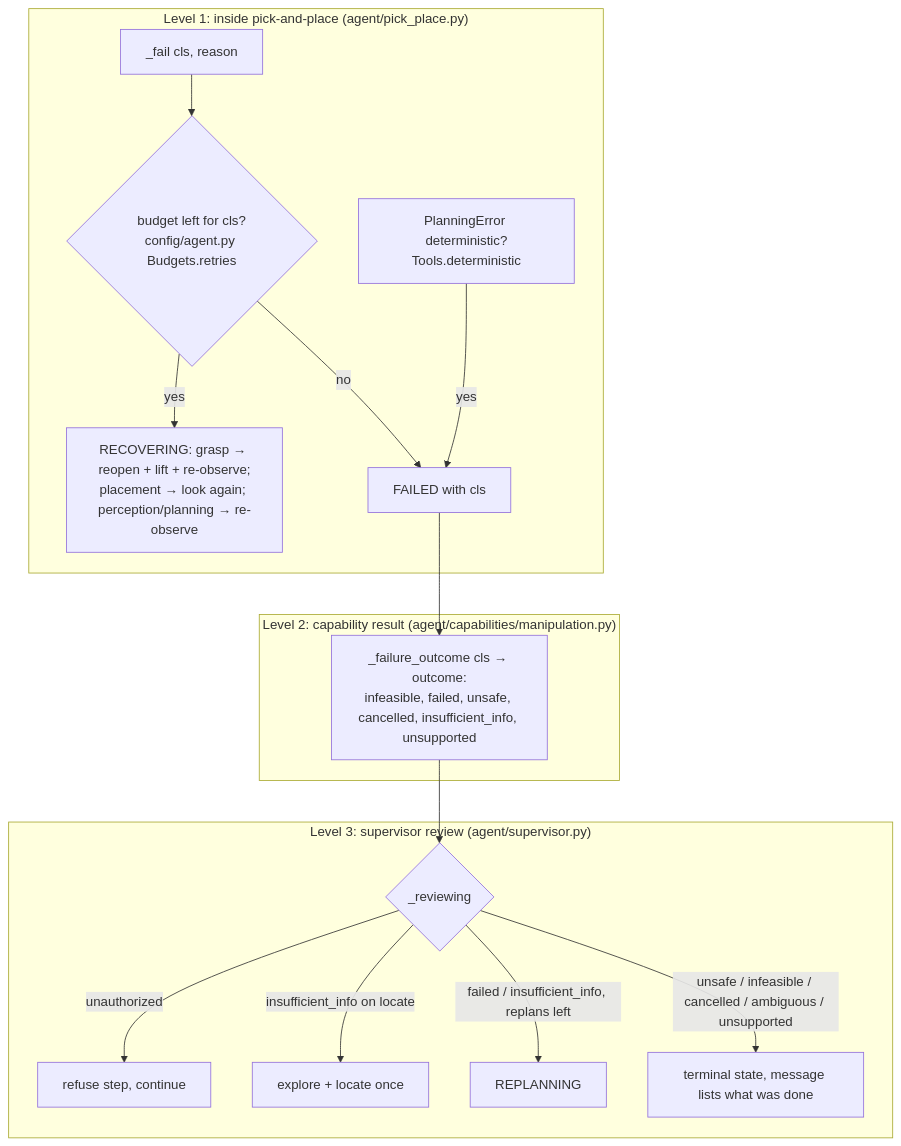
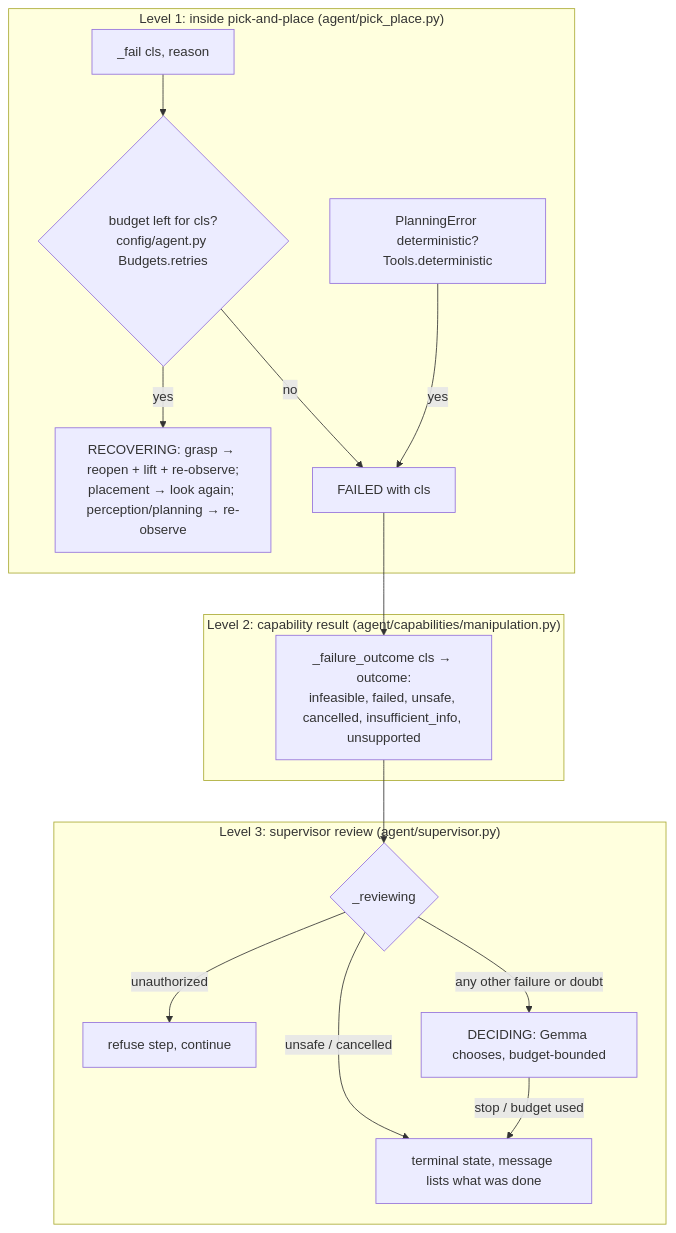
One commit to mahnoorkhalid369/MAVLA-RTM changed the fifth of 5 diagrams in docs/architecture/EXECUTION_FLOW.md. Above: the diagram before and after it, drawn with Mermaid. The commit also changed other lines of this file and 4 other files, not shown here.

````diff
--- a/docs/architecture/EXECUTION_FLOW.md
+++ b/docs/architecture/EXECUTION_FLOW.md
@@ -214,19 +216,19 @@
 ```mermaid
 flowchart TD
   subgraph L1["Level 1: inside pick-and-place (agent/pick_place.py)"]
     F1[_fail cls, reason] --> B1{budget left for cls?\nconfig/agent.py Budgets.retries}
     B1 -->|yes| RC[RECOVERING: grasp → reopen + lift + re-observe;\nplacement → look again; perception/planning → re-observe]
     B1 -->|no| FF[FAILED with cls]
     PE[PlanningError deterministic?\nTools.deterministic] -->|yes| FF
   end
   subgraph L2["Level 2: capability result (agent/capabilities/manipulation.py)"]
     FF --> MAP[_failure_outcome cls → outcome:\ninfeasible, failed, unsafe, cancelled, insufficient_info, unsupported]
   end
   subgraph L3["Level 3: supervisor review (agent/supervisor.py)"]
     MAP --> RV{_reviewing}
     RV -->|unauthorized| REF[refuse step, continue]
-    RV -->|insufficient_info on locate| EXP[explore + locate once]
-    RV -->|failed / insufficient_info, replans left| RP[REPLANNING]
-    RV -->|unsafe / infeasible / cancelled / ambiguous / unsupported| STOP[terminal state, message lists what was done]
+    RV -->|unsafe / cancelled| STOP[terminal state, message lists what was done]
+    RV -->|any other failure or doubt| DEC[DECIDING: Gemma chooses, budget-bounded]
+    DEC -->|stop / budget used| STOP
   end
 ```
````
